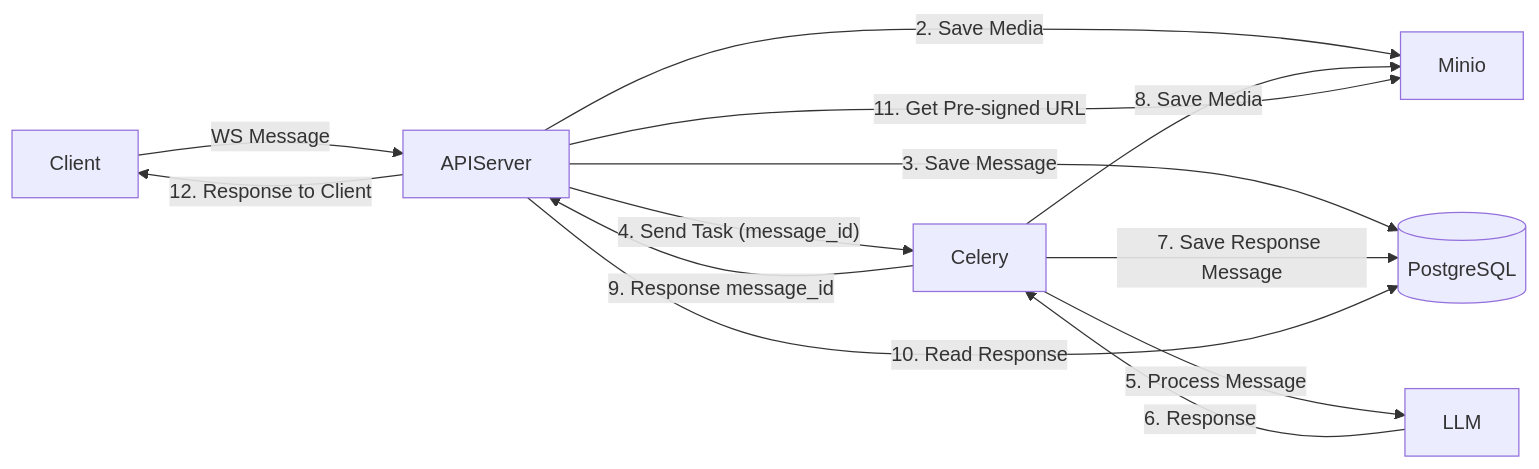
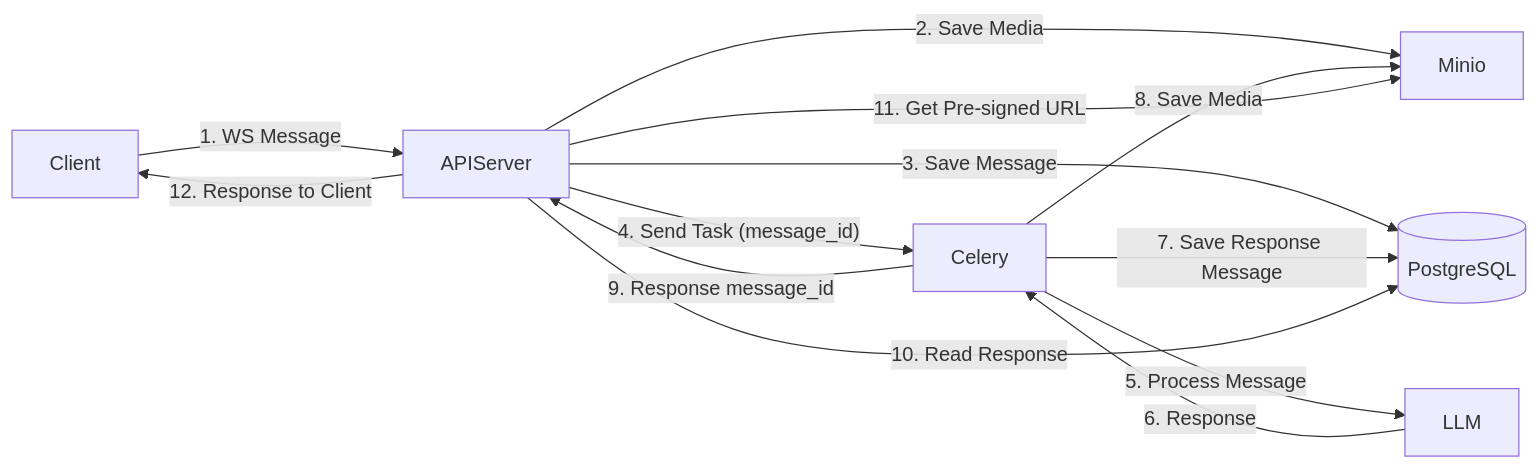
The second of 2 diagrams in README.md (ducnv0/tori-assistant), drawn with Mermaid before and after one commit.

Commit message:
README update

````diff
--- a/README.md
+++ b/README.md
@@ -77,15 +77,15 @@
 ```mermaid
 graph LR
-    Client -- WS Message --> APIServer
+    Client -- "1. WS Message" --> APIServer
     APIServer -- 2. Save Media --> Minio
     APIServer -- 3. Save Message --> DB[(PostgreSQL)]
     APIServer -- 4. Send Task (message_id) --> Celery
     Celery -- 5. Process Message --> LLM
     LLM -- 6. Response --> Celery
     Celery -- 7. Save Response Message --> DB
     Celery -- 8. Save Media --> Minio
     Celery -- 9. Response message_id --> APIServer
     APIServer -- 10. Read Response --> DB
     APIServer -- 11. Get Pre-signed URL --> Minio
     APIServer -- 12. Response to Client --> Client
  ```
````
